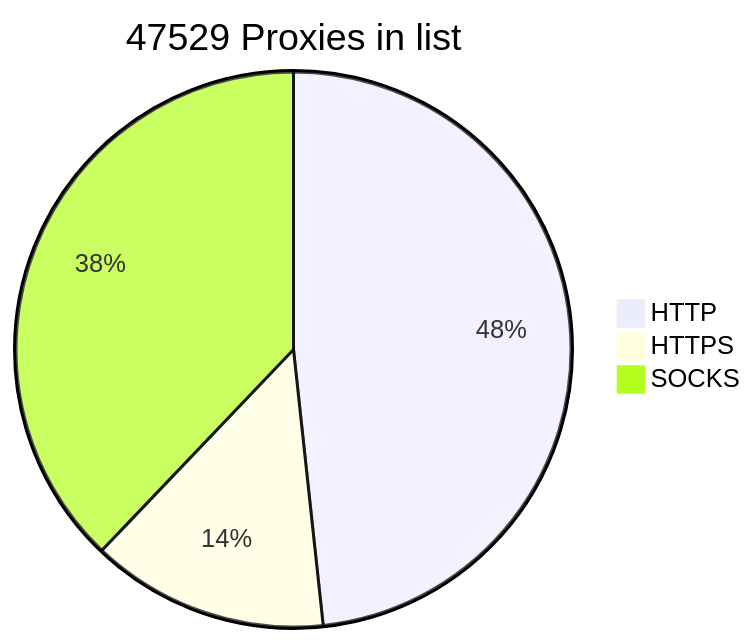
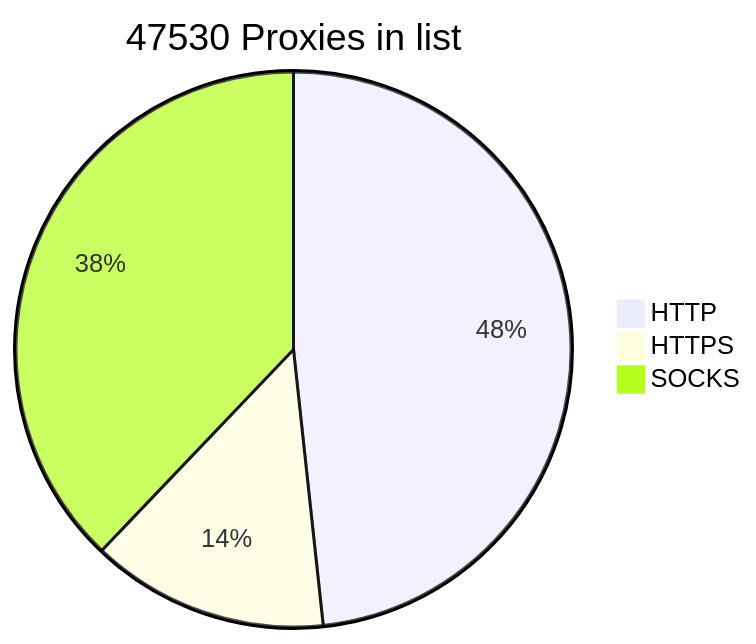
Before and after one commit to BlackSnowDot/proxylist-update-every-minute: the diagram in README.md, drawn with Mermaid.

````diff
--- a/README.md
+++ b/README.md
@@ -2,6 +2,6 @@
 ```mermaid
-pie title 47529 Proxies in list
+pie title 47530 Proxies in list
     "HTTP" : 25657
     "HTTPS": 7349
-    "SOCKS" : 20122
+    "SOCKS" : 20123
 ```
````
